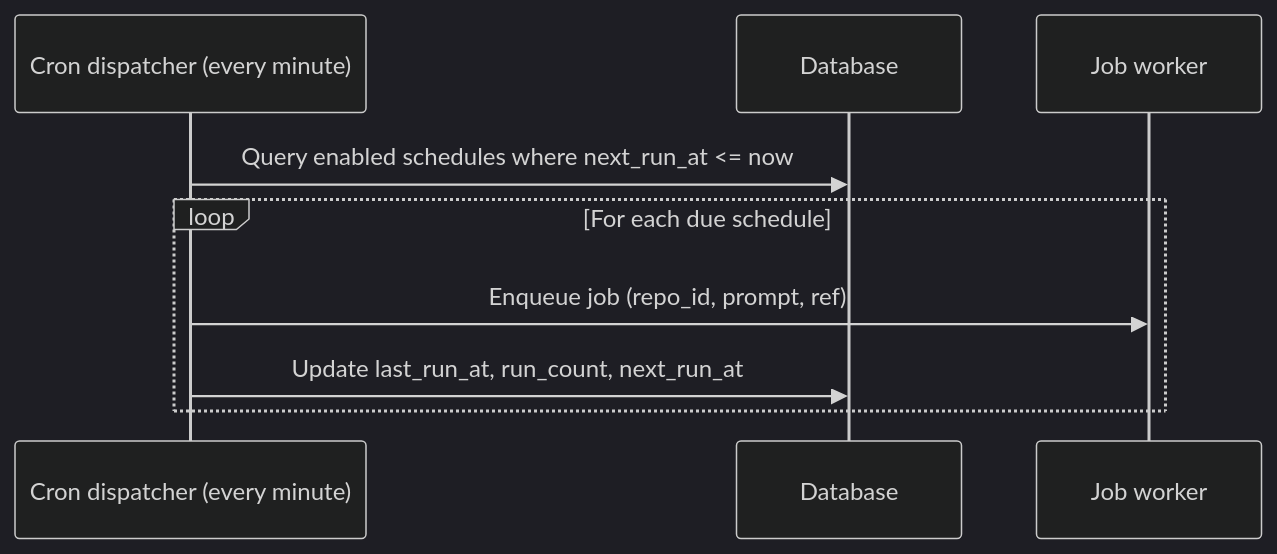
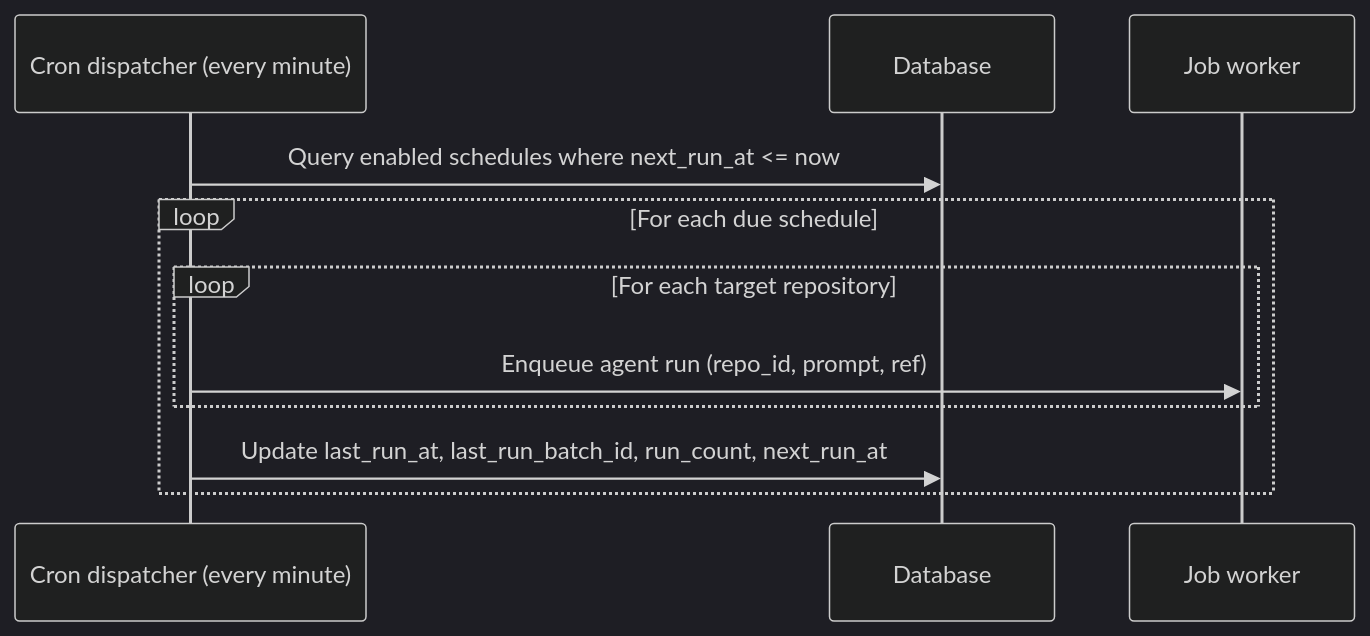
The diagram in docs/features/scheduled-jobs.md (srtab/daiv), drawn with Mermaid (dark theme) before and after one commit. The commit also changed other lines of this file and 28 other files, not shown here.

````diff
--- a/docs/features/scheduled-jobs.md
+++ b/docs/features/scheduled-jobs.md
@@ -49,12 +58,14 @@
 ```mermaid
 sequenceDiagram
     participant Dispatcher as Cron dispatcher (every minute)
     participant DB as Database
     participant Worker as Job worker
 
     Dispatcher->>DB: Query enabled schedules where next_run_at <= now
     loop For each due schedule
-        Dispatcher->>Worker: Enqueue job (repo_id, prompt, ref)
-        Dispatcher->>DB: Update last_run_at, run_count, next_run_at
+        loop For each target repository
+            Dispatcher->>Worker: Enqueue agent run (repo_id, prompt, ref)
+        end
+        Dispatcher->>DB: Update last_run_at, last_run_batch_id, run_count, next_run_at
     end
 ```
````
